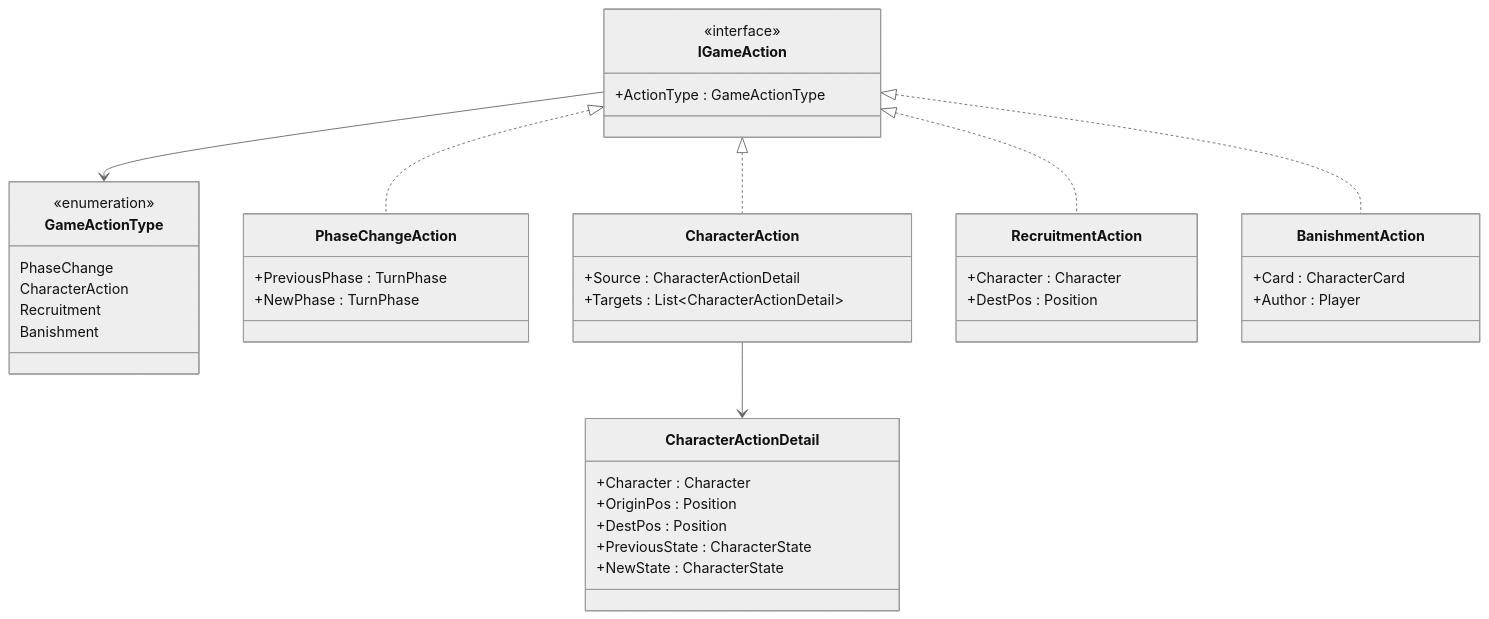
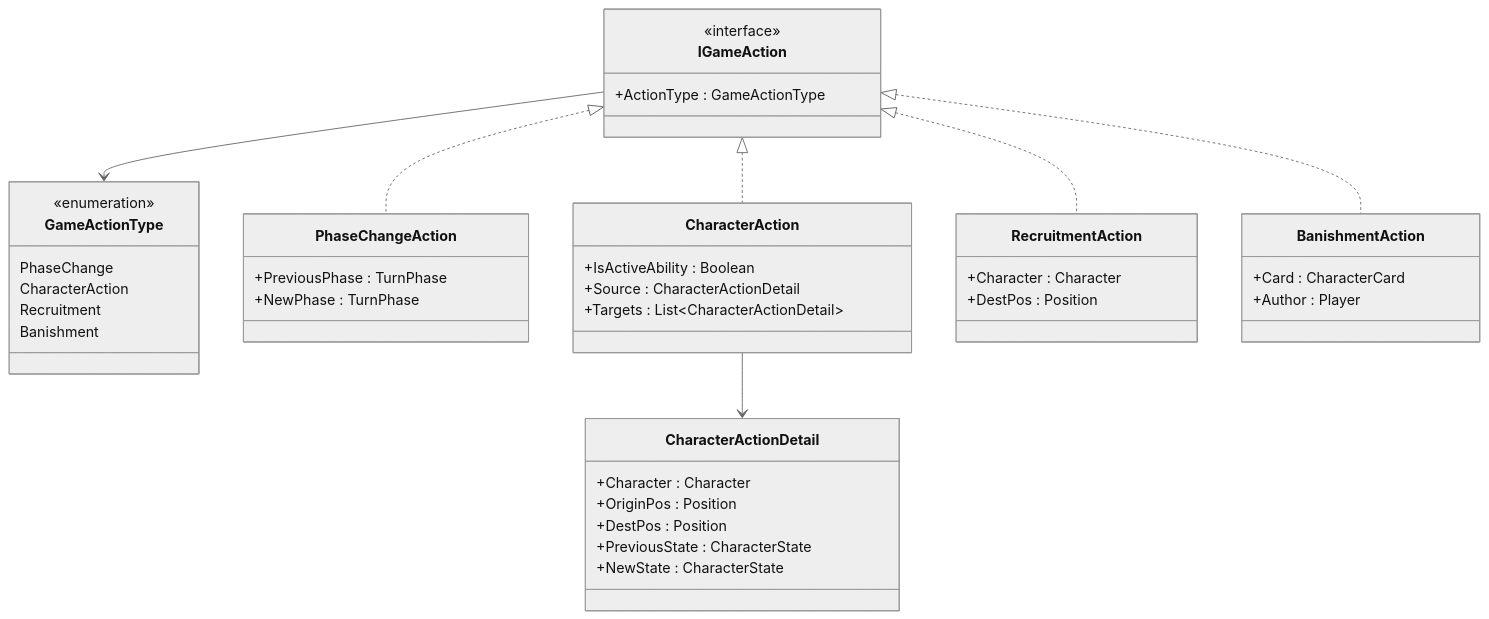
The diagram in docs/GameLogic/uml_actions_gamelogic.mmd (PaulRosselle/leaders_board_game), drawn with Mermaid (neutral theme) before and after one commit. The commit also changed 5 other files, not shown here.

```diff
--- a/docs/GameLogic/uml_actions_gamelogic.mmd
+++ b/docs/GameLogic/uml_actions_gamelogic.mmd
@@ -1,52 +1,53 @@
 classDiagram
     direction TB
 
     %% Enums
     class GameActionType {
         <<enumeration>>
         PhaseChange
         CharacterAction
         Recruitment
         Banishment
     }
 
     %% Interface
     class IGameAction {
         <<interface>>
         +ActionType : GameActionType
     }
 
     %% Actions concrètes
     class PhaseChangeAction {
         +PreviousPhase : TurnPhase
         +NewPhase : TurnPhase
     }
     class CharacterActionDetail {
         +Character : Character
         +OriginPos : Position
         +DestPos : Position
         +PreviousState : CharacterState
         +NewState : CharacterState
     }
     class CharacterAction {
+        +IsActiveAbility : Boolean
         +Source : CharacterActionDetail
         +Targets : List~CharacterActionDetail~
     }
     class RecruitmentAction {
         +Character : Character
         +DestPos : Position
     }
     class BanishmentAction {
         +Card : CharacterCard
         +Author : Player
     }
 
     %% Héritage
     IGameAction <|.. PhaseChangeAction
     IGameAction <|.. CharacterAction
     IGameAction <|.. RecruitmentAction
     IGameAction <|.. BanishmentAction
 
     %% Relations
     IGameAction --> GameActionType
     CharacterAction --> CharacterActionDetail
```
